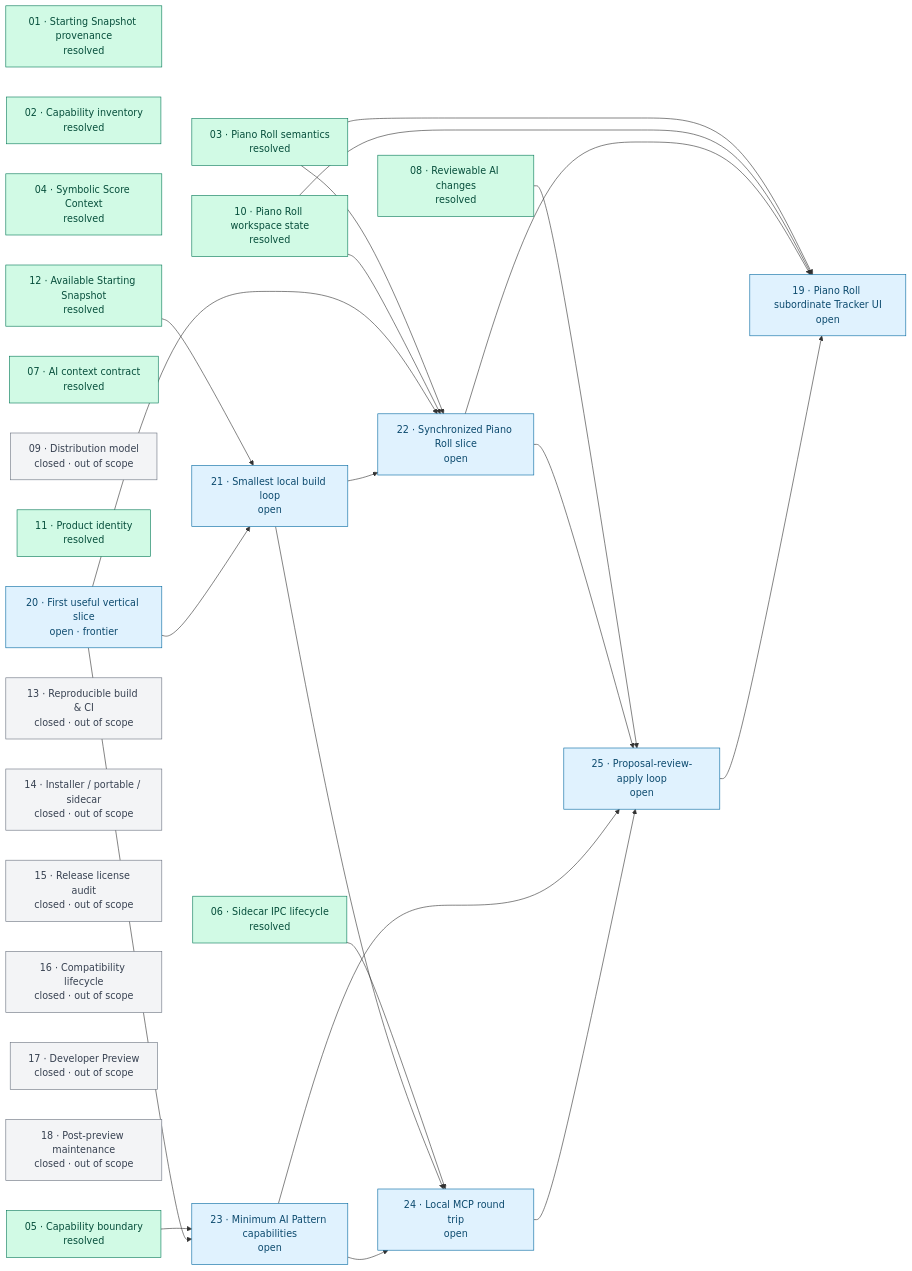
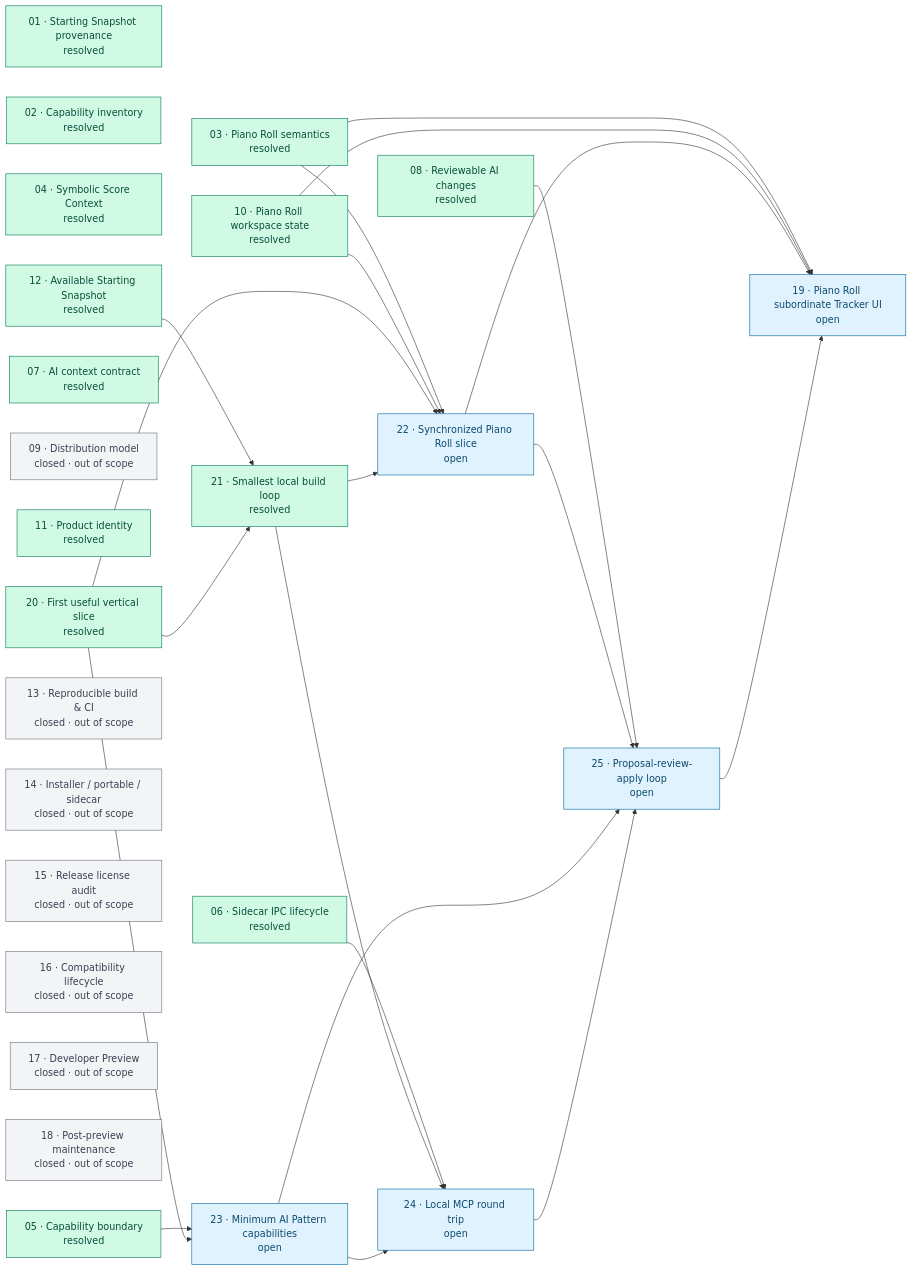
One commit to TouHousand-Years/AI-MPT changed the diagram in blocking-relationships.md. Above: the diagram before and after it, drawn with Mermaid. The commit also changed other lines of this file and 5 other files, not shown here.

````diff
--- a/blocking-relationships.md
+++ b/blocking-relationships.md
@@ -5,55 +5,56 @@
 ```mermaid
 flowchart LR
     I01["01 · Starting Snapshot provenance<br/>resolved"]
     I02["02 · Capability inventory<br/>resolved"]
     I03["03 · Piano Roll semantics<br/>resolved"]
     I04["04 · Symbolic Score Context<br/>resolved"]
     I05["05 · Capability boundary<br/>resolved"]
     I06["06 · Sidecar IPC lifecycle<br/>resolved"]
     I07["07 · AI context contract<br/>resolved"]
     I08["08 · Reviewable AI changes<br/>resolved"]
     I09["09 · Distribution model<br/>closed · out of scope"]
     I10["10 · Piano Roll workspace state<br/>resolved"]
     I11["11 · Product identity<br/>resolved"]
     I12["12 · Available Starting Snapshot<br/>resolved"]
     I13["13 · Reproducible build & CI<br/>closed · out of scope"]
     I14["14 · Installer / portable / sidecar<br/>closed · out of scope"]
     I15["15 · Release license audit<br/>closed · out of scope"]
     I16["16 · Compatibility lifecycle<br/>closed · out of scope"]
     I17["17 · Developer Preview<br/>closed · out of scope"]
     I18["18 · Post-preview maintenance<br/>closed · out of scope"]
     I19["19 · Piano Roll subordinate Tracker UI<br/>open"]
-    I20["20 · First useful vertical slice<br/>open · frontier"]
-    I21["21 · Smallest local build loop<br/>open"]
+    I20["20 · First useful vertical slice<br/>resolved"]
+    I21["21 · Smallest local build loop<br/>resolved"]
     I22["22 · Synchronized Piano Roll slice<br/>open"]
     I23["23 · Minimum AI Pattern capabilities<br/>open"]
     I24["24 · Local MCP round trip<br/>open"]
     I25["25 · Proposal-review-apply loop<br/>open"]
 
     I12 --> I21
     I20 --> I21
     I03 --> I22
     I10 --> I22
     I20 --> I22
     I21 --> I22
     I05 --> I23
     I20 --> I23
     I06 --> I24
     I21 --> I24
     I23 --> I24
     I08 --> I25
     I22 --> I25
     I23 --> I25
     I24 --> I25
     I03 --> I19
     I10 --> I19
     I22 --> I19
     I25 --> I19
 
     classDef resolved fill:#d1fae5,stroke:#047857,color:#064e3b
     classDef open fill:#e0f2fe,stroke:#0369a1,color:#0c4a6e
     classDef outscope fill:#f3f4f6,stroke:#6b7280,color:#374151
     class I01,I02,I03,I04,I05,I06,I07,I08,I10,I11,I12 resolved
-    class I19,I20,I21,I22,I23,I24,I25 open
+    class I20,I21 resolved
+    class I19,I22,I23,I24,I25 open
     class I09,I13,I14,I15,I16,I17,I18 outscope
 ```
````
